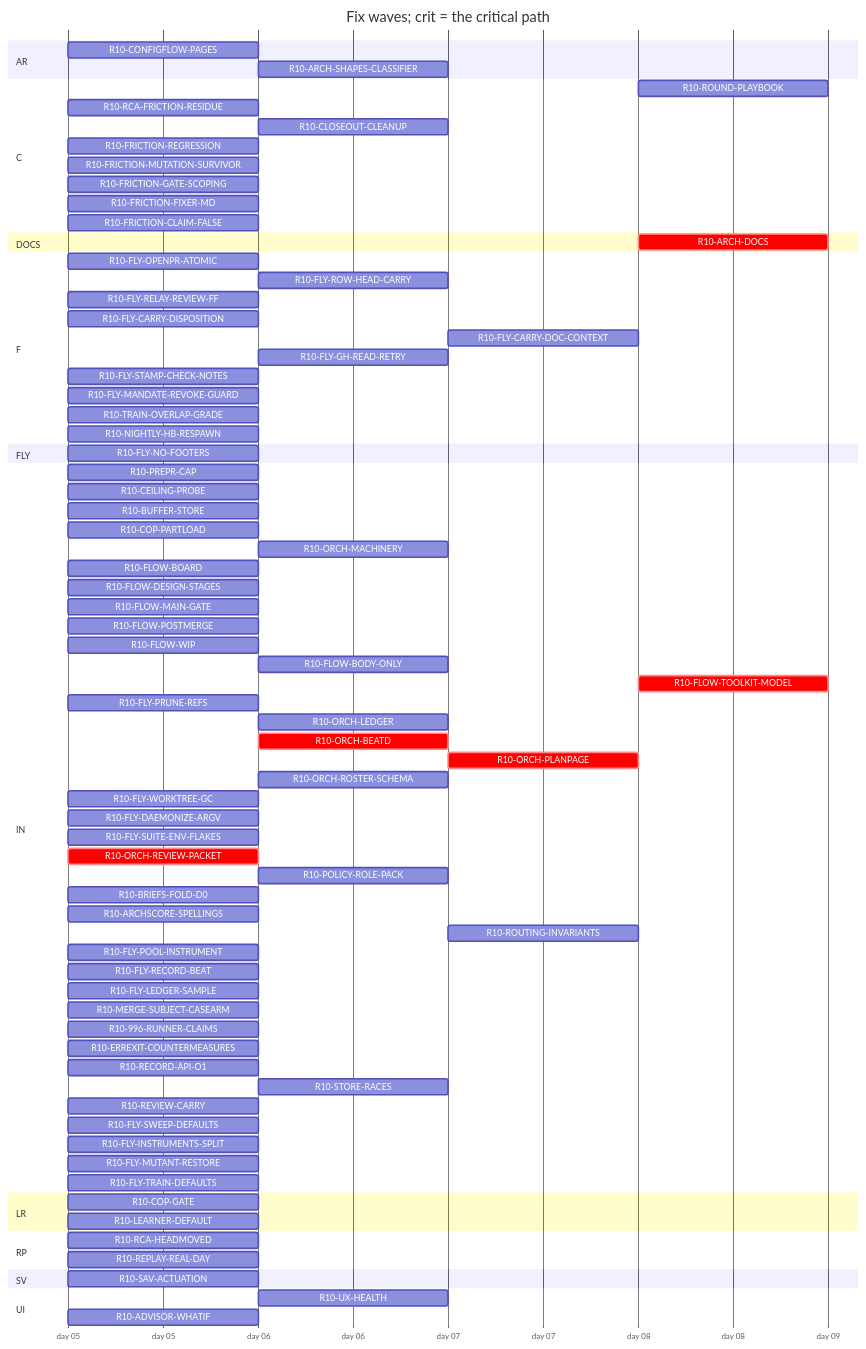
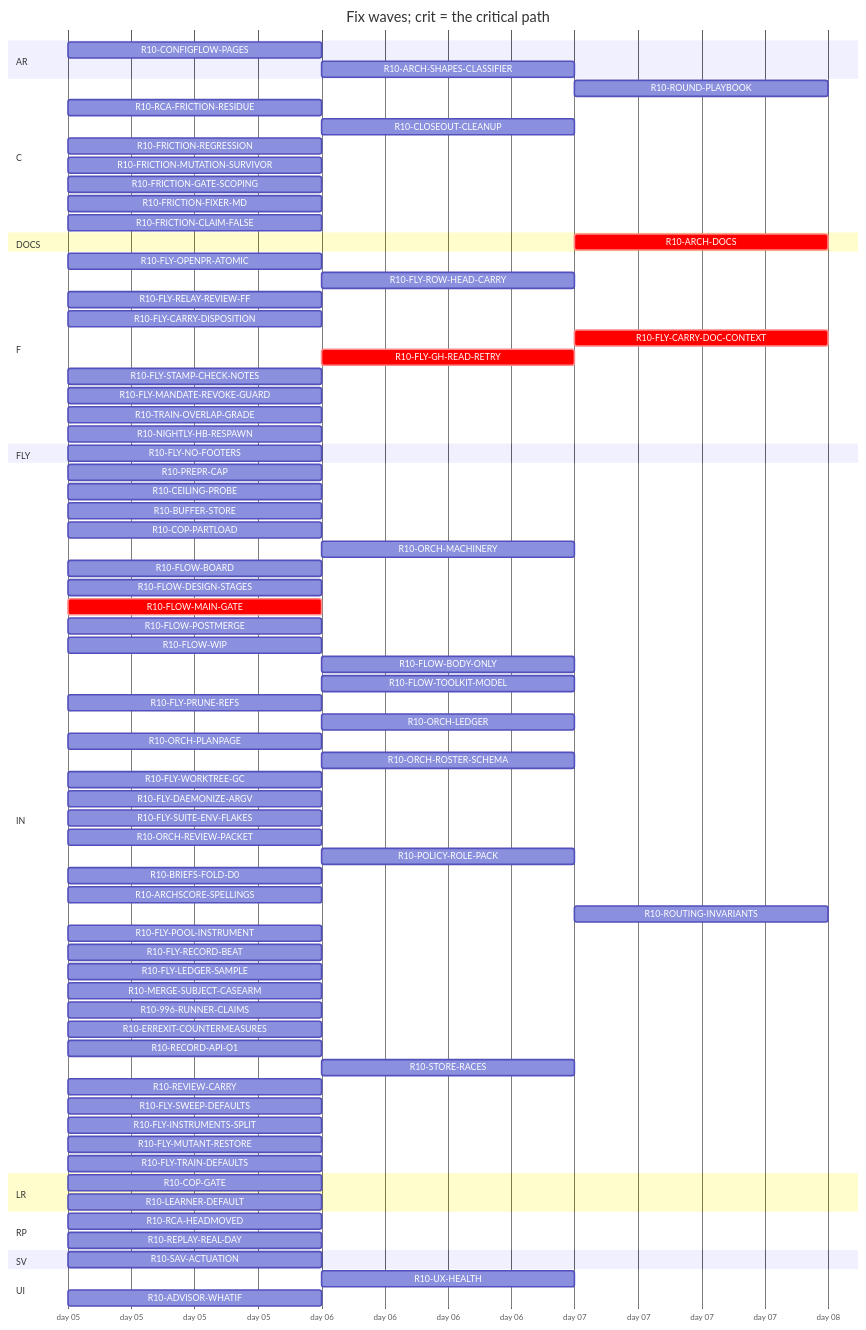
The diagram in handoff/round10/state/PLAN-TABLE.md (tvofi/heatpump_optimizer), drawn with Mermaid before and after one commit. The commit also changed other lines of this file and 3 other files, not shown here.

Commit message:
state: FLOW-BOARD.md, NEXT-SESSION-PROMPT.md, PLAN-TABLE.md, RESUME-CURRENT.md regenerated (state_docs.py)

```diff
--- a/handoff/round10/state/PLAN-TABLE.md
+++ b/handoff/round10/state/PLAN-TABLE.md
@@ -29,7 +29,7 @@
     R10-CONFIGFLOW-PAGES :r10CONFIGFLOWPAGES, 2026-01-05, 1d
     R10-ARCH-SHAPES-CLASSIFIER :r10ARCHSHAPESCLASSIFIER, after r10996RUNNERCLAIMS, 1d
   section C
-    R10-ROUND-PLAYBOOK :r10ROUNDPLAYBOOK, after r10ORCHLEDGER r10ORCHBEATD r10ORCHPLANPAGE r10FLOWMAINGATE r10FLYRELAYREVIEWFF r10FLOWBODYONLY, 1d
+    R10-ROUND-PLAYBOOK :r10ROUNDPLAYBOOK, after r10ORCHLEDGER r10ORCHPLANPAGE r10FLOWMAINGATE r10FLYRELAYREVIEWFF r10FLOWBODYONLY, 1d
     R10-RCA-FRICTION-RESIDUE :r10RCAFRICTIONRESIDUE, 2026-01-05, 1d
     R10-CLOSEOUT-CLEANUP :r10CLOSEOUTCLEANUP, after r10FLYPRUNEREFS r10FLYWORKTREEGC, 1d
     R10-FRICTION-REGRESSION :r10FRICTIONREGRESSION, 2026-01-05, 1d
@@ -38,14 +38,14 @@
     R10-FRICTION-FIXER-MD :r10FRICTIONFIXERMD, 2026-01-05, 1d
     R10-FRICTION-CLAIM-FALSE :r10FRICTIONCLAIMFALSE, 2026-01-05, 1d
   section DOCS
-    R10-ARCH-DOCS :crit, r10ARCHDOCS, after r10COPGATE r10UXHEALTH r10CONFIGFLOWPAGES r10RCAHEADMOVED r10CEILINGPROBE r10BUFFERSTORE r10COPPARTLOAD r10LEARNERDEFAULT r10FLOWBOARD r10FLOWDESIGNSTAGES r10FLOWPOSTMERGE r10FLOWWIP r10FLOWBODYONLY r10FLYOPENPRATOMIC r10FLYROWHEADCARRY r10FLYRELAYREVIEWFF r10FLYCARRYDISPOSITION r10FLYCARRYDOCCONTEXT r10FLOWTOOLKITMODEL r10FLYSTAMPCHECKNOTES r10FLYMANDATEREVOKEGUARD r10RCAFRICTIONRESIDUE r10TRAINOVERLAPGRADE r10NIGHTLYHBRESPAWN r10FLYPRUNEREFS r10ORCHLEDGER r10ORCHBEATD r10ORCHPLANPAGE r10ORCHROSTERSCHEMA r10FLYWORKTREEGC r10FLYDAEMONIZEARGV r10ORCHREVIEWPACKET r10POLICYROLEPACK r10BRIEFSFOLDD0 r10REPLAYREALDAY r10ARCHSCORESPELLINGS r10SAVACTUATION r10FLYLEDGERSAMPLE, 1d
+    R10-ARCH-DOCS :crit, r10ARCHDOCS, after r10COPGATE r10UXHEALTH r10CONFIGFLOWPAGES r10RCAHEADMOVED r10CEILINGPROBE r10BUFFERSTORE r10COPPARTLOAD r10LEARNERDEFAULT r10FLOWBOARD r10FLOWDESIGNSTAGES r10FLOWPOSTMERGE r10FLOWWIP r10FLOWBODYONLY r10FLYOPENPRATOMIC r10FLYROWHEADCARRY r10FLYRELAYREVIEWFF r10FLYCARRYDISPOSITION r10FLYCARRYDOCCONTEXT r10FLOWTOOLKITMODEL r10FLYSTAMPCHECKNOTES r10FLYMANDATEREVOKEGUARD r10RCAFRICTIONRESIDUE r10TRAINOVERLAPGRADE r10NIGHTLYHBRESPAWN r10FLYPRUNEREFS r10ORCHLEDGER r10ORCHPLANPAGE r10ORCHROSTERSCHEMA r10FLYWORKTREEGC r10FLYDAEMONIZEARGV r10ORCHREVIEWPACKET r10POLICYROLEPACK r10BRIEFSFOLDD0 r10REPLAYREALDAY r10ARCHSCORESPELLINGS r10SAVACTUATION r10FLYLEDGERSAMPLE, 1d
   section F
     R10-FLY-OPENPR-ATOMIC :r10FLYOPENPRATOMIC, 2026-01-05, 1d
     R10-FLY-ROW-HEAD-CARRY :r10FLYROWHEADCARRY, after r10FLYOPENPRATOMIC, 1d
     R10-FLY-RELAY-REVIEW-FF :r10FLYRELAYREVIEWFF, 2026-01-05, 1d
     R10-FLY-CARRY-DISPOSITION :r10FLYCARRYDISPOSITION, 2026-01-05, 1d
-    R10-FLY-CARRY-DOC-CONTEXT :r10FLYCARRYDOCCONTEXT, after r10FLYGHREADRETRY, 1d
-    R10-FLY-GH-READ-RETRY :r10FLYGHREADRETRY, after r10FLOWMAINGATE, 1d
+    R10-FLY-CARRY-DOC-CONTEXT :crit, r10FLYCARRYDOCCONTEXT, after r10FLYGHREADRETRY, 1d
+    R10-FLY-GH-READ-RETRY :crit, r10FLYGHREADRETRY, after r10FLOWMAINGATE, 1d
     R10-FLY-STAMP-CHECK-NOTES :r10FLYSTAMPCHECKNOTES, 2026-01-05, 1d
     R10-FLY-MANDATE-REVOKE-GUARD :r10FLYMANDATEREVOKEGUARD, 2026-01-05, 1d
     R10-TRAIN-OVERLAP-GRADE :r10TRAINOVERLAPGRADE, 2026-01-05, 1d
@@ -60,20 +60,19 @@
     R10-ORCH-MACHINERY :r10ORCHMACHINERY, after r10FLOWMAINGATE, 1d
     R10-FLOW-BOARD :r10FLOWBOARD, 2026-01-05, 1d
     R10-FLOW-DESIGN-STAGES :r10FLOWDESIGNSTAGES, 2026-01-05, 1d
-    R10-FLOW-MAIN-GATE :r10FLOWMAINGATE, 2026-01-05, 1d
+    R10-FLOW-MAIN-GATE :crit, r10FLOWMAINGATE, 2026-01-05, 1d
     R10-FLOW-POSTMERGE :r10FLOWPOSTMERGE, 2026-01-05, 1d
     R10-FLOW-WIP :r10FLOWWIP, 2026-01-05, 1d
     R10-FLOW-BODY-ONLY :r10FLOWBODYONLY, after r10FLYOPENPRATOMIC, 1d
-    R10-FLOW-TOOLKIT-MODEL :crit, r10FLOWTOOLKITMODEL, after r10ORCHPLANPAGE, 1d
+    R10-FLOW-TOOLKIT-MODEL :r10FLOWTOOLKITMODEL, after r10ORCHPLANPAGE, 1d
     R10-FLY-PRUNE-REFS :r10FLYPRUNEREFS, 2026-01-05, 1d
     R10-ORCH-LEDGER :r10ORCHLEDGER, after r10FLOWMAINGATE, 1d
-    R10-ORCH-BEATD :crit, r10ORCHBEATD, after r10ORCHREVIEWPACKET, 1d
-    R10-ORCH-PLANPAGE :crit, r10ORCHPLANPAGE, after r10ORCHBEATD, 1d
+    R10-ORCH-PLANPAGE :r10ORCHPLANPAGE, 2026-01-05, 1d
     R10-ORCH-ROSTER-SCHEMA :r10ORCHROSTERSCHEMA, after r10FLOWMAINGATE, 1d
     R10-FLY-WORKTREE-GC :r10FLYWORKTREEGC, 2026-01-05, 1d
     R10-FLY-DAEMONIZE-ARGV :r10FLYDAEMONIZEARGV, 2026-01-05, 1d
     R10-FLY-SUITE-ENV-FLAKES :r10FLYSUITEENVFLAKES, 2026-01-05, 1d
-    R10-ORCH-REVIEW-PACKET :crit, r10ORCHREVIEWPACKET, 2026-01-05, 1d
+    R10-ORCH-REVIEW-PACKET :r10ORCHREVIEWPACKET, 2026-01-05, 1d
     R10-POLICY-ROLE-PACK :r10POLICYROLEPACK, after r10FLOWDESIGNSTAGES, 1d
     R10-BRIEFS-FOLD-D0 :r10BRIEFSFOLDD0, 2026-01-05, 1d
     R10-ARCHSCORE-SPELLINGS :r10ARCHSCORESPELLINGS, 2026-01-05, 1d
```
